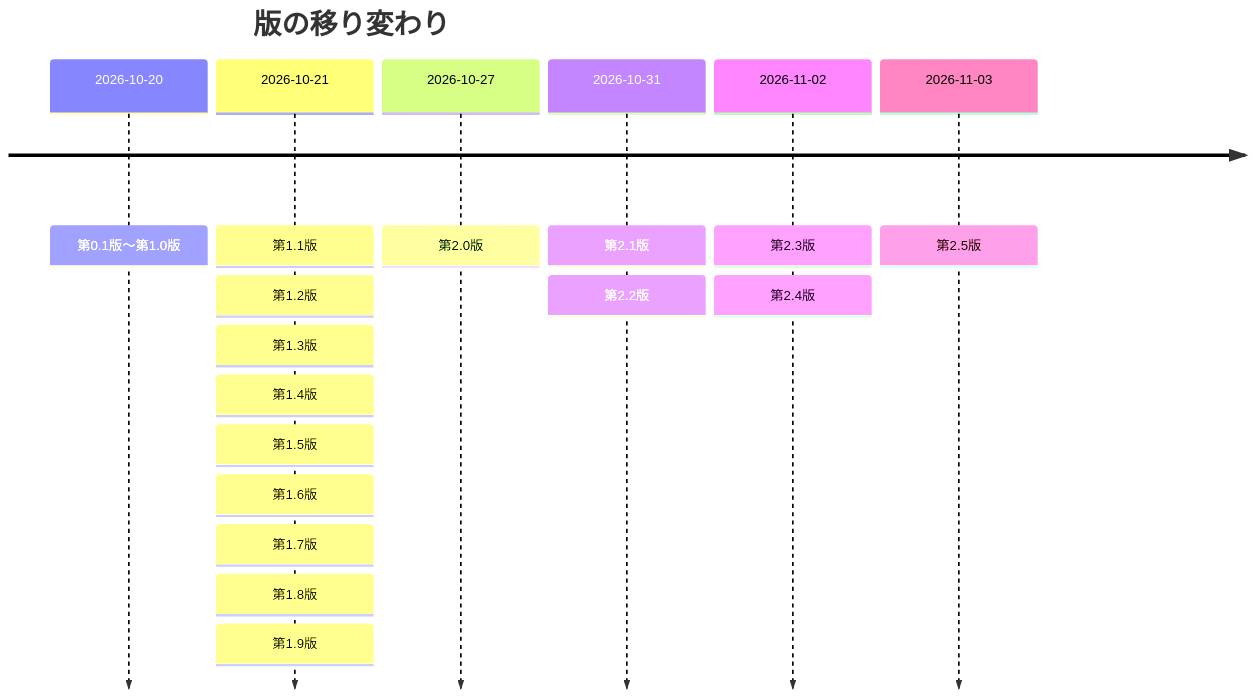
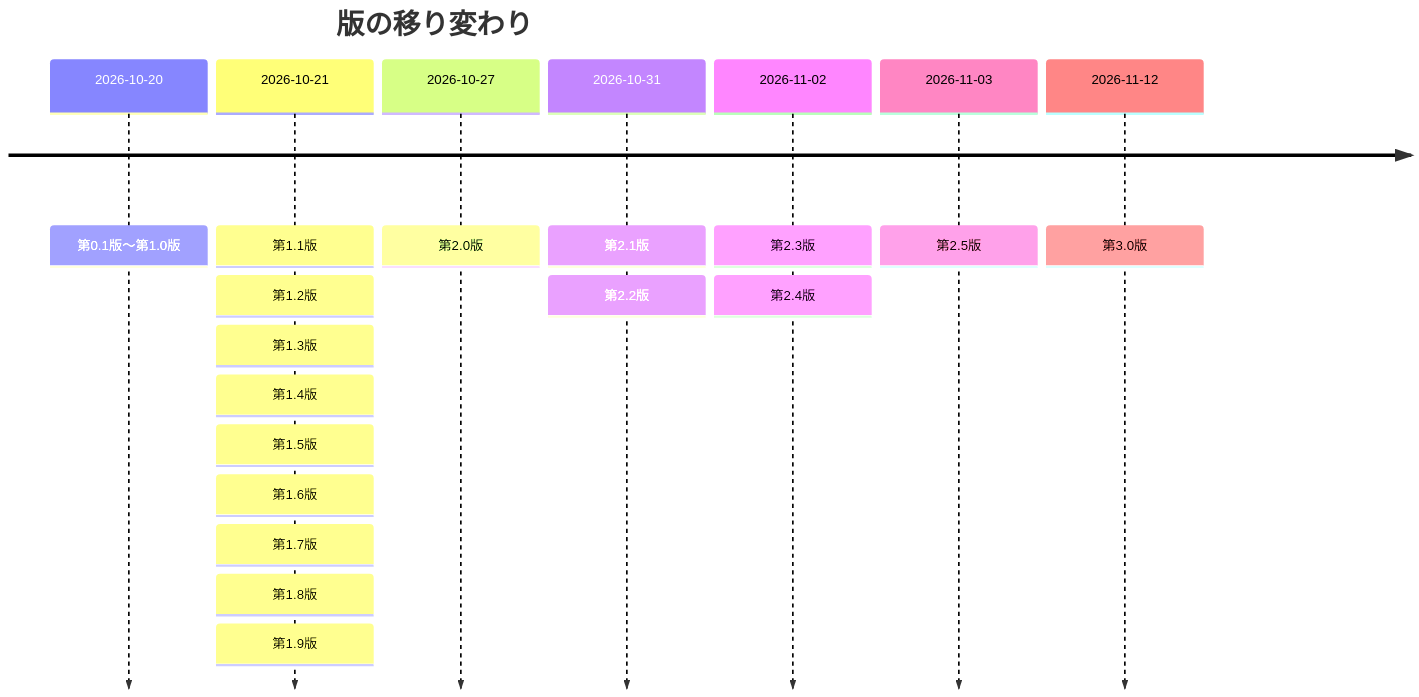
Before and after one commit to pocarialice/rpglearning: the fourth of 4 diagrams in documents/モジュールテスト結果報告書_RPG学習アプリ.md, drawn with Mermaid. The commit also changed other lines of this file and 12 other files, not shown here.

````diff
--- a/documents/モジュールテスト結果報告書_RPG学習アプリ.md
+++ b/documents/モジュールテスト結果報告書_RPG学習アプリ.md
@@ -1569,10 +1584,11 @@
 ```mermaid
 timeline
   title 版の移り変わり
   2026-10-20 : 第0.1版〜第1.0版
   2026-10-21 : 第1.1版 : 第1.2版 : 第1.3版 : 第1.4版 : 第1.5版 : 第1.6版 : 第1.7版 : 第1.8版 : 第1.9版
   2026-10-27 : 第2.0版
   2026-10-31 : 第2.1版 : 第2.2版
   2026-11-02 : 第2.3版 : 第2.4版
   2026-11-03 : 第2.5版
+  2026-11-12 : 第3.0版
 ```
````
